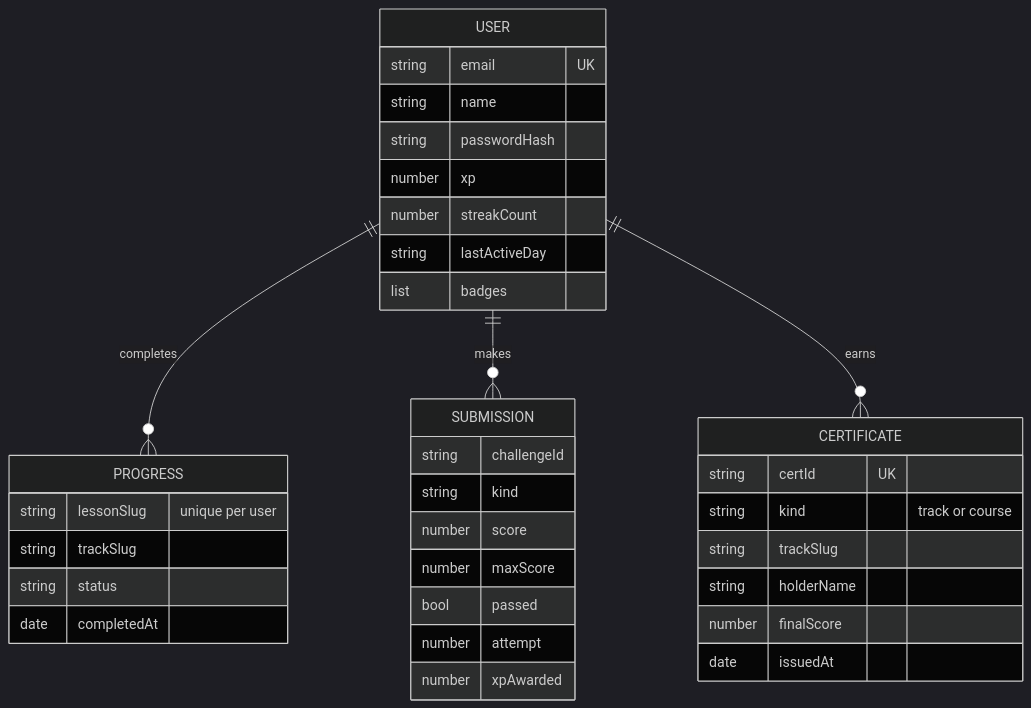
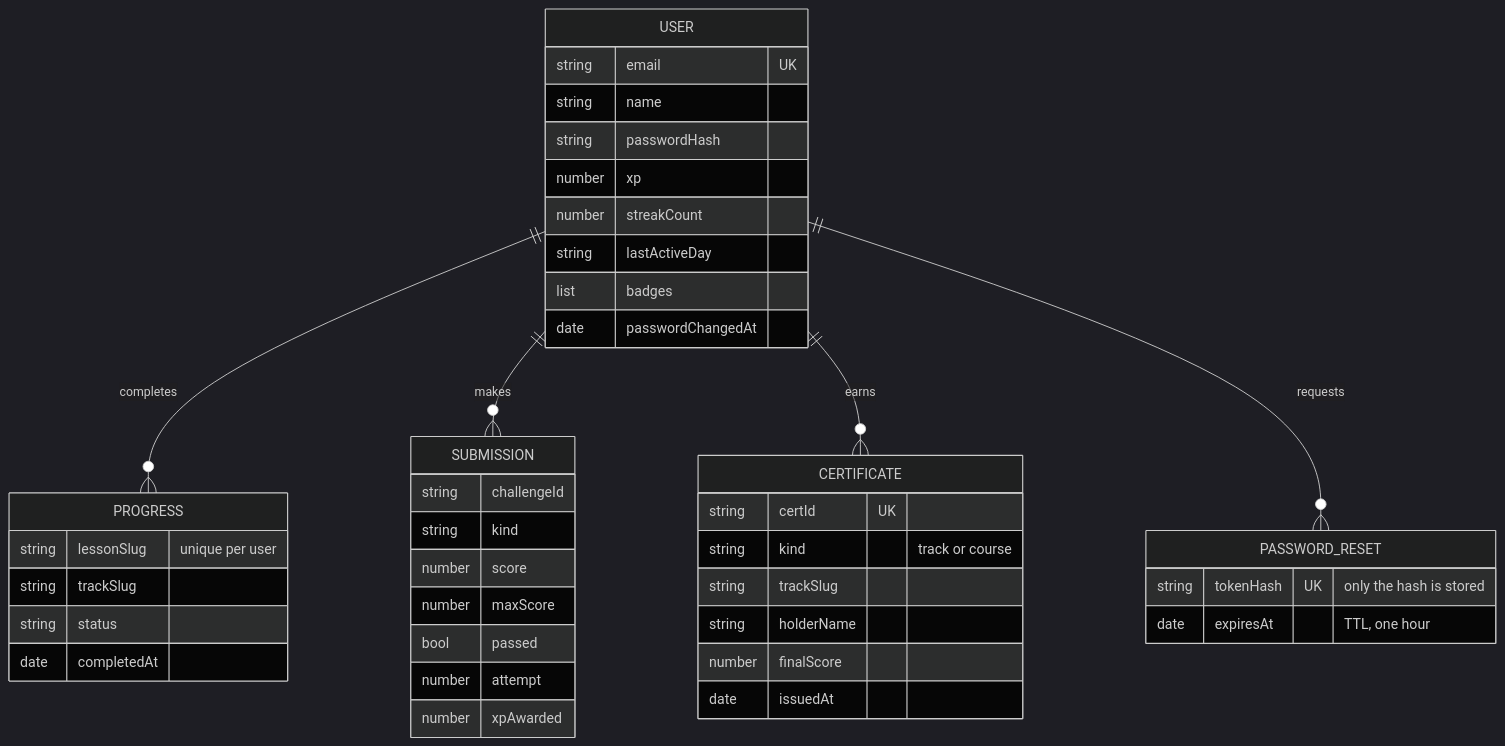
The fourth of 5 diagrams in README.md (sairaghukiran14/AIEM), drawn with Mermaid (dark theme) before and after one commit. The commit also changed other lines of this file and 23 other files, not shown here.

First line of the commit message:
feat: rate limiting, password reset, committed e2e tests and CI

````diff
--- a/README.md
+++ b/README.md
@@ -210,39 +211,45 @@
 ```mermaid
 erDiagram
     USER ||--o{ PROGRESS : completes
     USER ||--o{ SUBMISSION : makes
     USER ||--o{ CERTIFICATE : earns
+    USER ||--o{ PASSWORD_RESET : requests
 
     USER {
         string email UK
         string name
         string passwordHash
         number xp
         number streakCount
         string lastActiveDay
         list badges
+        date passwordChangedAt
     }
     PROGRESS {
         string lessonSlug "unique per user"
         string trackSlug
         string status
         date completedAt
     }
     SUBMISSION {
         string challengeId
         string kind
         number score
         number maxScore
         bool passed
         number attempt
         number xpAwarded
     }
+    PASSWORD_RESET {
+        string tokenHash UK "only the hash is stored"
+        date expiresAt "TTL, one hour"
+    }
     CERTIFICATE {
         string certId UK
         string kind "track or course"
         string trackSlug
         string holderName
         number finalScore
         date issuedAt
     }
 ```
````
